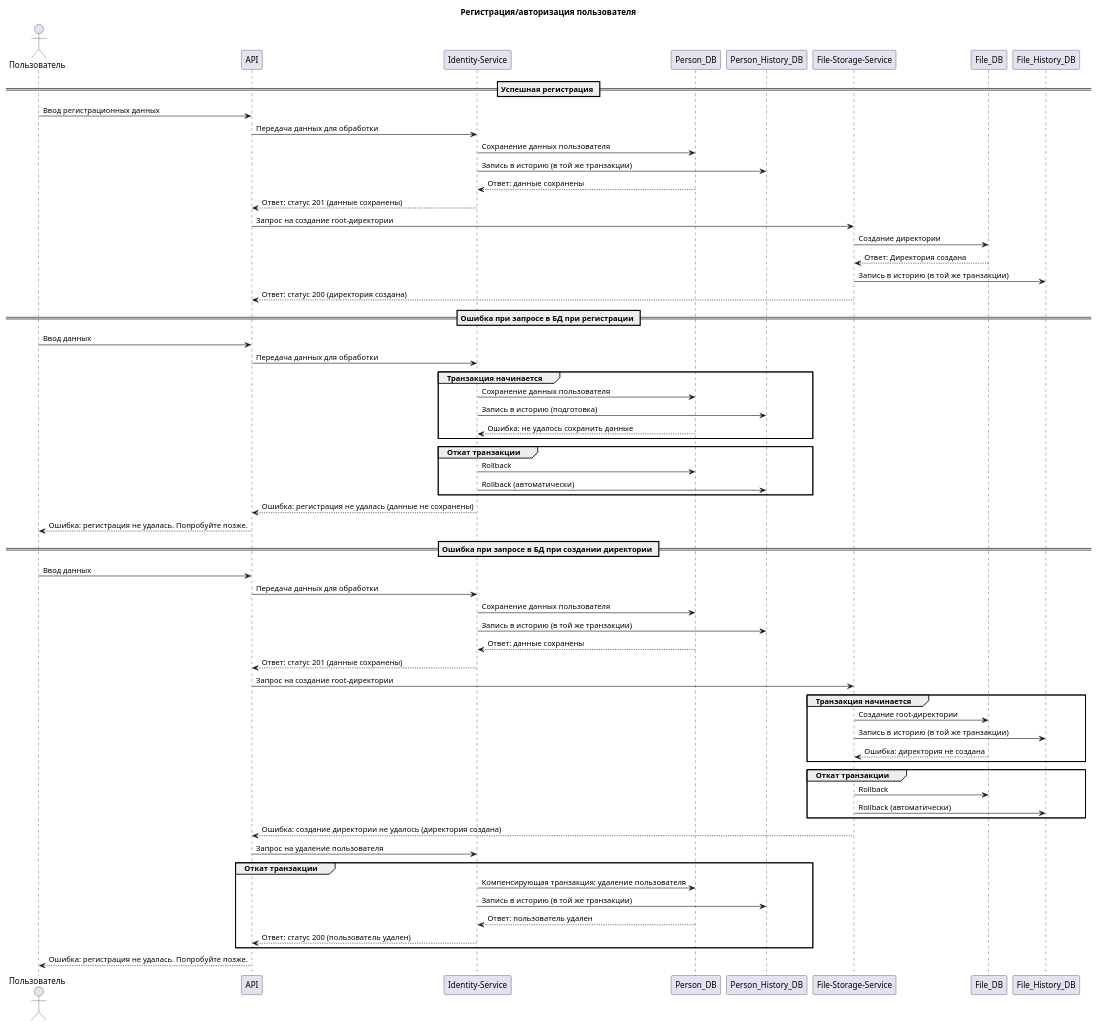
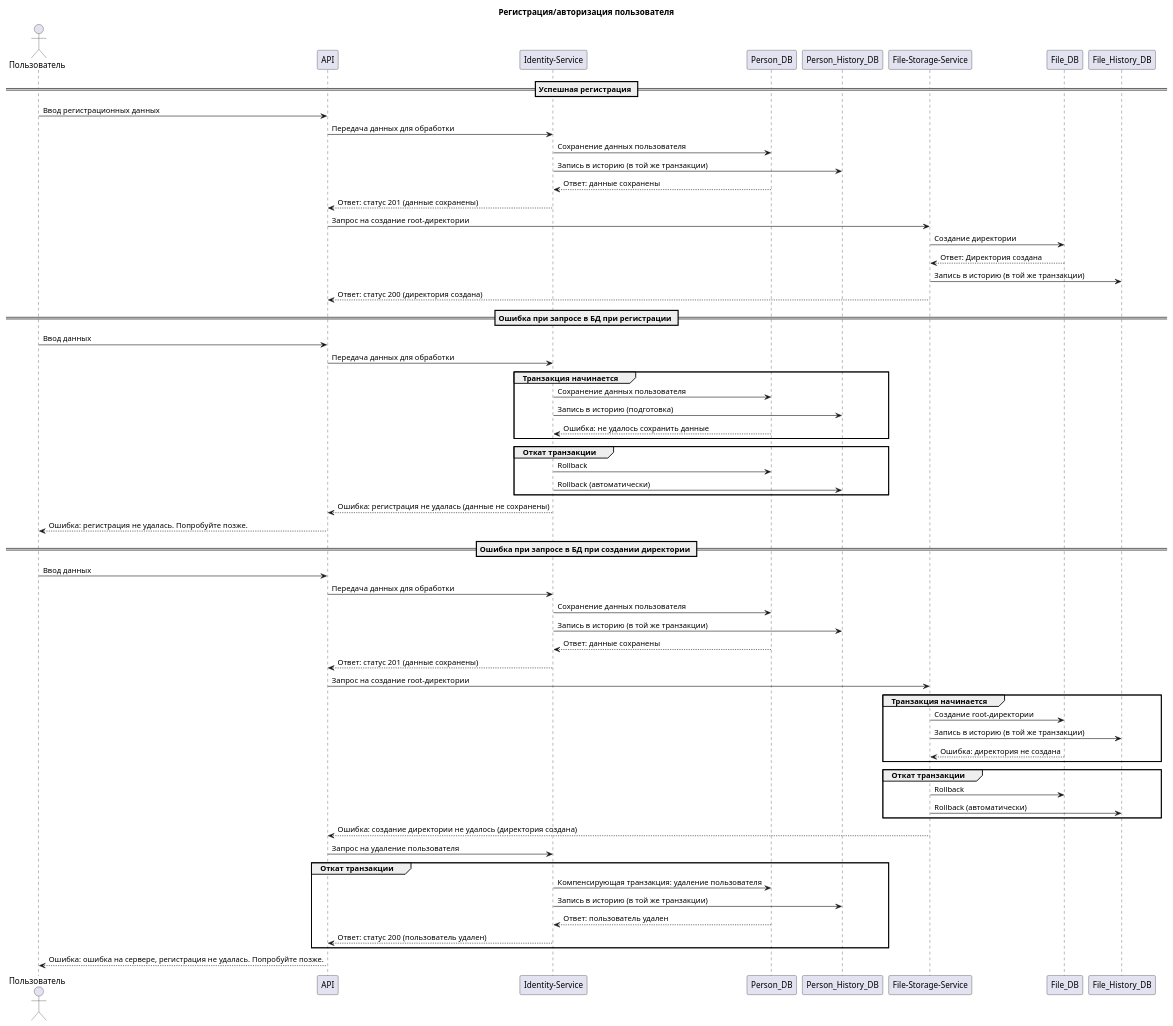
The diagram in uml/RegisterAndCreateRootDirectory.puml (QuitEnough/lawDocs), drawn with PlantUML before and after one commit. The commit also changed 17 other files, not shown here.

```diff
--- a/uml/RegisterAndCreateRootDirectory.puml
+++ b/uml/RegisterAndCreateRootDirectory.puml
@@ -1,81 +1,81 @@
 @startuml
 title Регистрация/авторизация пользователя
 
 actor "Пользователь" as User
 participant "API" as API
 participant "Identity-Service" as IS
 participant "Person_DB" as PDB
 participant "Person_History_DB" as PHDB
 participant "File-Storage-Service" as FS
 participant "File_DB" as FDB
 participant "File_History_DB" as FHDB
 
 == Успешная регистрация ==
 User -> API : Ввод регистрационных данных
 API -> IS : Передача данных для обработки
 
 IS -> PDB : Сохранение данных пользователя
 IS -> PHDB : Запись в историю (в той же транзакции)
 PDB --> IS : Ответ: данные сохранены
 IS --> API : Ответ: статус 201 (данные сохранены)
 
 API -> FS : Запрос на создание root-директории
 FS -> FDB : Создание директории
 FDB --> FS : Ответ: Директория создана
 FS -> FHDB : Запись в историю (в той же транзакции)
 FS --> API: Ответ: статус 200 (директория создана)
 
 == Ошибка при запросе в БД при регистрации ==
 User -> API : Ввод данных
 API -> IS : Передача данных для обработки
 
 group Транзакция начинается
 IS -> PDB : Сохранение данных пользователя
 IS -> PHDB : Запись в историю (подготовка)
 PDB --> IS : Ошибка: не удалось сохранить данные
 end
 
 group Откат транзакции
 IS -> PDB : Rollback
 IS -> PHDB : Rollback (автоматически)
 end
 
 IS --> API : Ошибка: регистрация не удалась (данные не сохранены)
 API --> User : Ошибка: регистрация не удалась. Попробуйте позже.
 
 
 == Ошибка при запросе в БД при создании директории ==
 User -> API : Ввод данных
 API -> IS : Передача данных для обработки
 
 IS -> PDB : Сохранение данных пользователя
 IS -> PHDB : Запись в историю (в той же транзакции)
 PDB --> IS : Ответ: данные сохранены
 IS --> API : Ответ: статус 201 (данные сохранены)
 
 API -> FS : Запрос на создание root-директории
 
 group Транзакция начинается
 FS -> FDB : Создание root-директории
 FS -> FHDB : Запись в историю (в той же транзакции)
 FDB --> FS : Ошибка: директория не создана
 end
 
 group Откат транзакции
 FS -> FDB : Rollback
 FS -> FHDB : Rollback (автоматически)
 end
 
 FS --> API : Ошибка: создание директории не удалось (директория создана)
 API -> IS : Запрос на удаление пользователя
 
 group Откат транзакции
 IS -> PDB : Компенсирующая транзакция: удаление пользователя
 IS -> PHDB : Запись в историю (в той же транзакции)
 PDB --> IS : Ответ: пользователь удален
 IS --> API : Ответ: статус 200 (пользователь удален)
 end
 
-API --> User : Ошибка: регистрация не удалась. Попробуйте позже.
+API --> User : Ошибка: ошибка на сервере, регистрация не удалась. Попробуйте позже.
 
 @enduml
```
